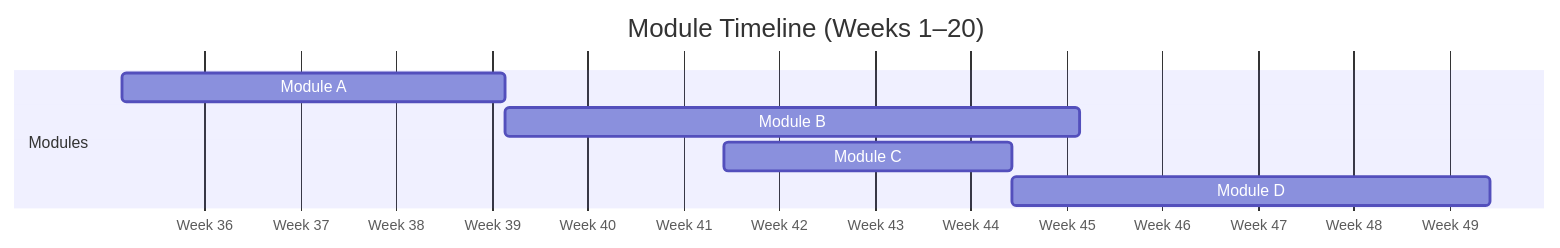
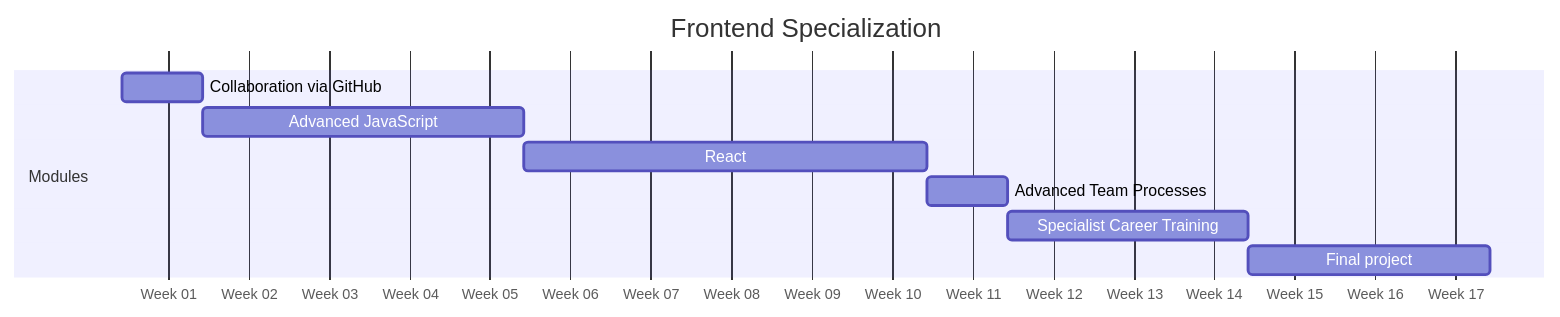
Before and after one commit to HackYourFuture-CPH/program: the diagram in courses/Frontend/README.md, drawn with Mermaid. The commit also changed other lines of this file, not shown here.

````diff
--- a/courses/Frontend/README.md
+++ b/courses/Frontend/README.md
@@ -20,12 +8,14 @@
 ```mermaid
 gantt
-    title Module Timeline (Weeks 1–20)
+    title Frontend Specialization
     dateFormat  YYYY-MM-DD
     axisFormat  Week %U
 
     section Modules
-    Module A     :a1, 2025-09-01, 4w
-    Module B     :a2, after a1, 6w
-    Module C     :a3, 2025-10-15, 3w
-    Module D     :a4, 2025-11-05, 5w
+    Collaboration via GitHub    :a1, 2025-01-01, 1w
+    Advanced JavaScript         :a2, after a1, 4w
+    React                       :a3, after a2, 5w
+    Advanced Team Processes     :a4, after a3, 1w
+    Specialist Career Training  :a5, after a4, 3w
+    Final project               :a6, after a5, 3w
 ```
````
